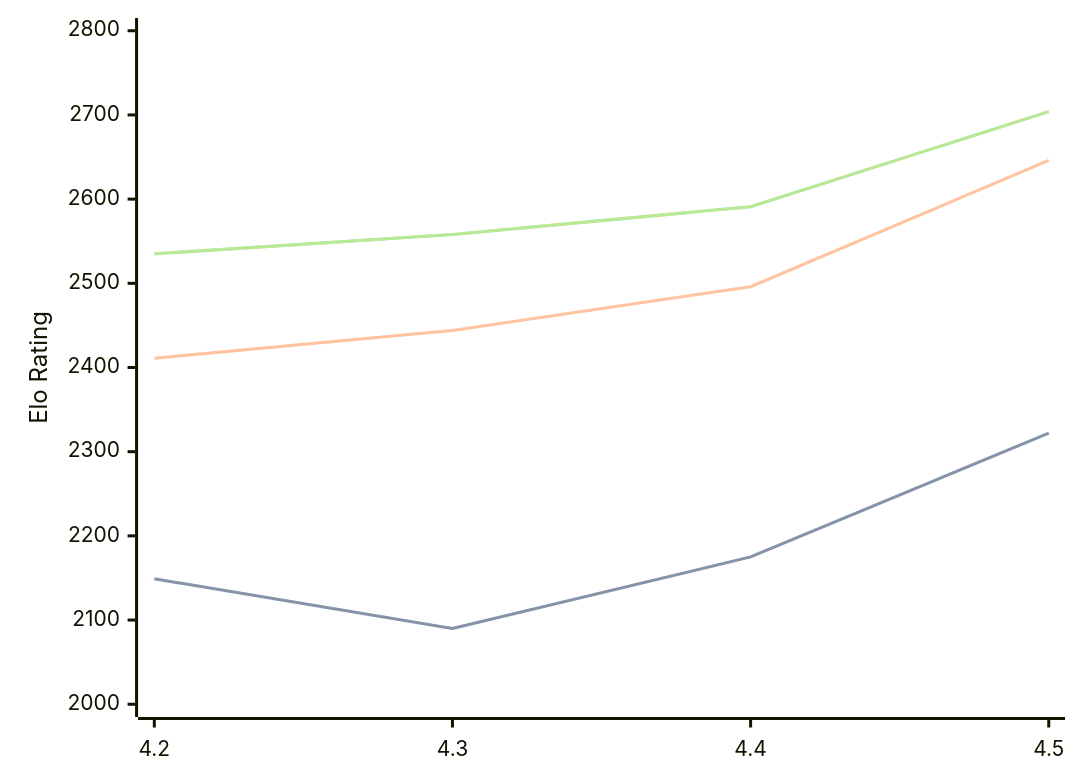
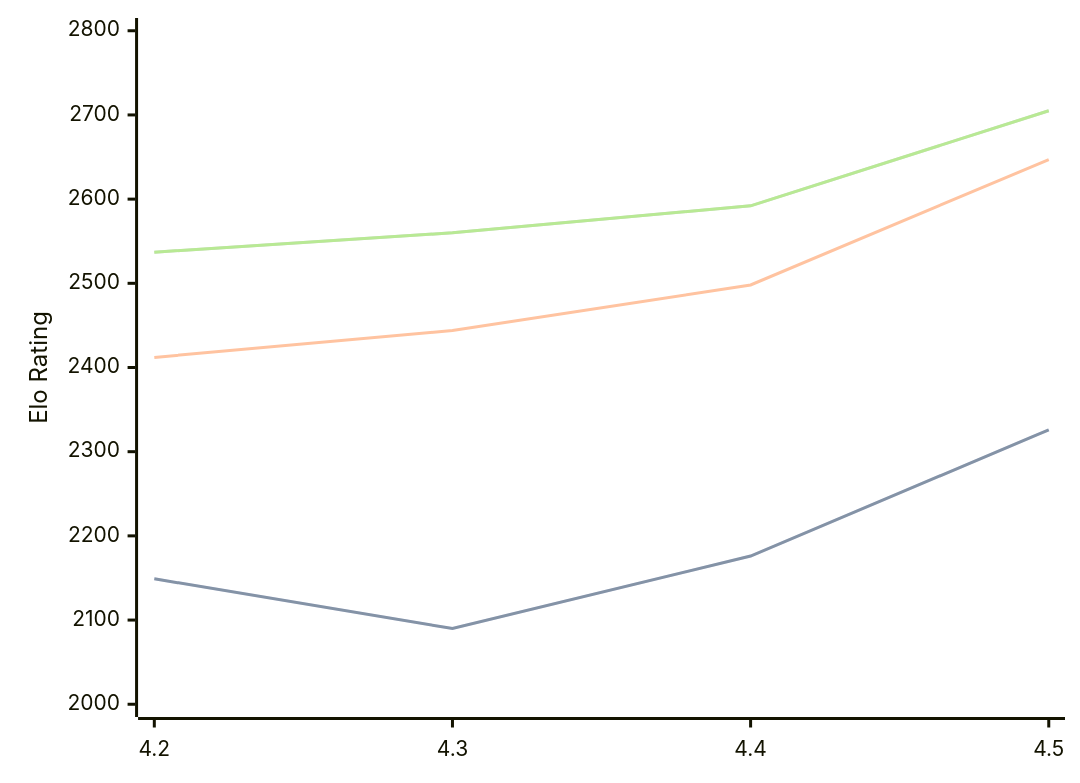
One commit to computer-chess-index/cci changed the third of 3 diagrams in engines/Eubos.md. Above: the diagram before and after it, drawn with Mermaid. The commit also changed other lines of this file, not shown here.

Commit message:
Update CCI Ratings (ELO VLTC) - 2026-06-30

````diff
--- a/engines/Eubos.md
+++ b/engines/Eubos.md
@@ -123,11 +123,11 @@
 ```mermaid
 %%{init: {"theme":"base","themeVariables":{"seriesColors:['#a3a3a3','#222221','#faa371']}}}%%
 xychart-beta
   x-axis ["4.2", "4.3", "4.4", "4.5"]
   y-axis "Elo Rating" 2000 --> 2800
-  line "STC (8.0+0.08s)" [2149, 2090, 2175, 2322]
-  line "STC (8.0+0.08s)" [2149, 2090, 2175, 2322]
-  line "LTC (60.0+0.60s)" [2411, 2444, 2496, 2646]
-  line "VLTC (2m24s+1.12s)" [2535, 2558, 2591, 2704]
-  line "VLTC (2m24s+1.12s)" [2535, 2558, 2591, 2704]
+  line "STC (8.0+0.08s)" [2149, 2090, 2176, 2326]
+  line "STC (8.0+0.08s)" [2149, 2090, 2176, 2326]
+  line "LTC (60.0+0.60s)" [2412, 2444, 2498, 2647]
+  line "VLTC (2m24s+1.12s)" [2537, 2560, 2592, 2705]
+  line "VLTC (2m24s+1.12s)" [2537, 2560, 2592, 2705]
 ```
````
